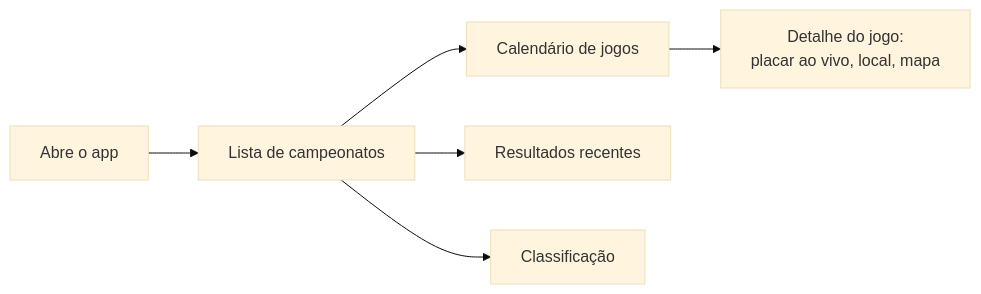
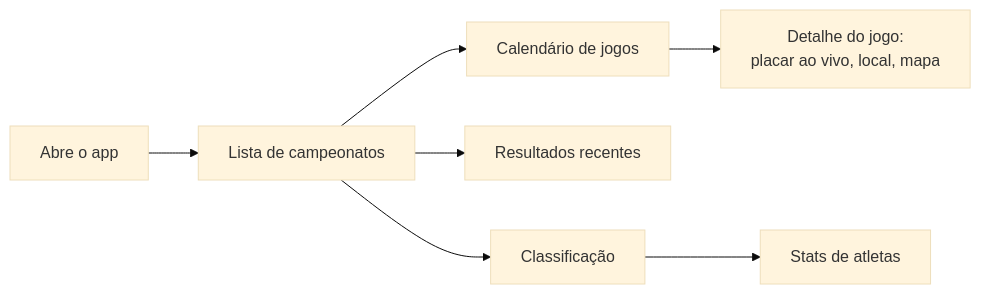
The fourth of 4 diagrams in architecture/roles-and-permissions.md (cesargranelli/flag-platform-docs), drawn with Mermaid (base theme) before and after one commit. The commit also changed other lines of this file and 4 other files, not shown here.

First line of the commit message:
feat(docs): update roles and architecture docs with new platform structure

````diff
--- a/architecture/roles-and-permissions.md
+++ b/architecture/roles-and-permissions.md
@@ -82,8 +137,9 @@
 ```mermaid
 flowchart LR
     A[Abre o app] --> B[Lista de campeonatos]
     B --> C[Calendário de jogos]
     B --> D[Resultados recentes]
     B --> E[Classificação]
     C --> F[Detalhe do jogo:<br/>placar ao vivo, local, mapa]
+    E --> G[Stats de atletas]
 ```
````
